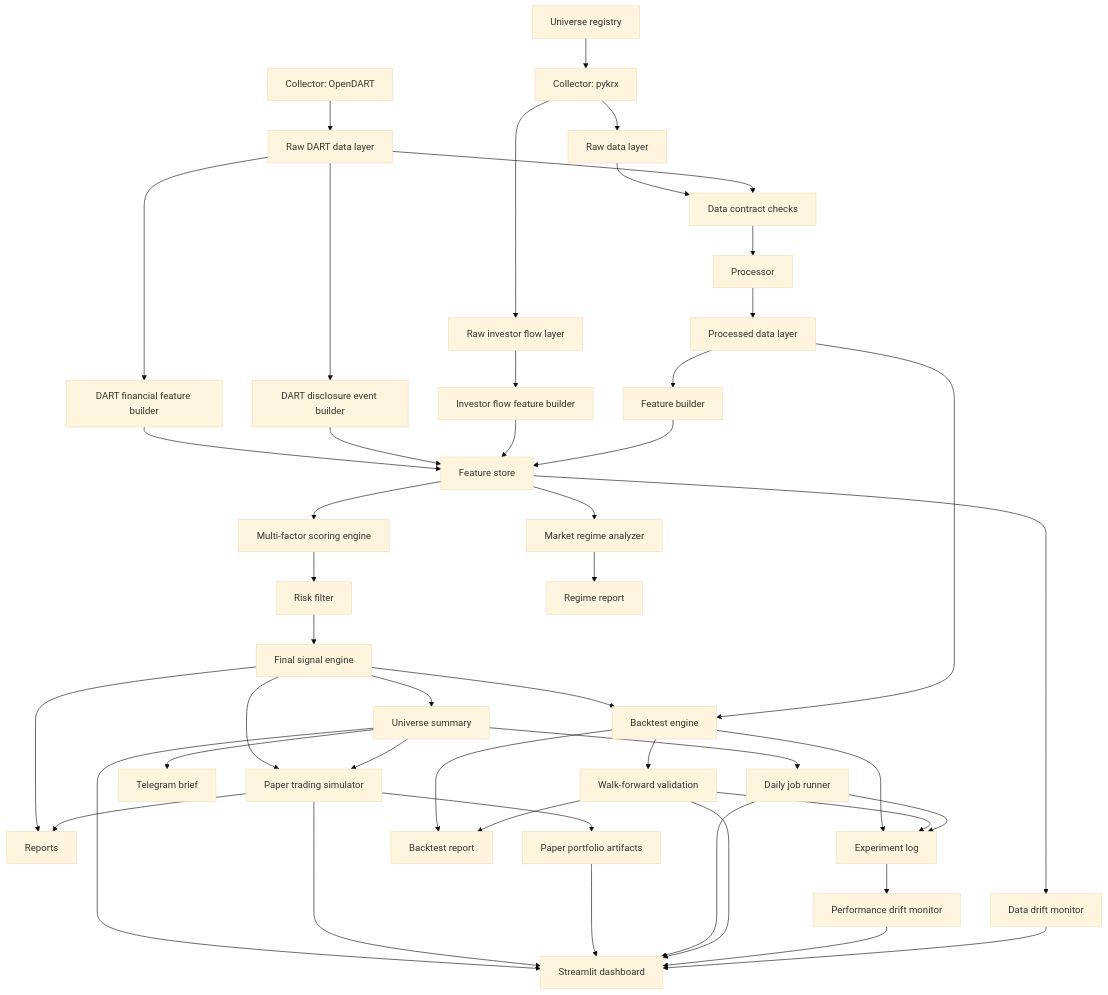
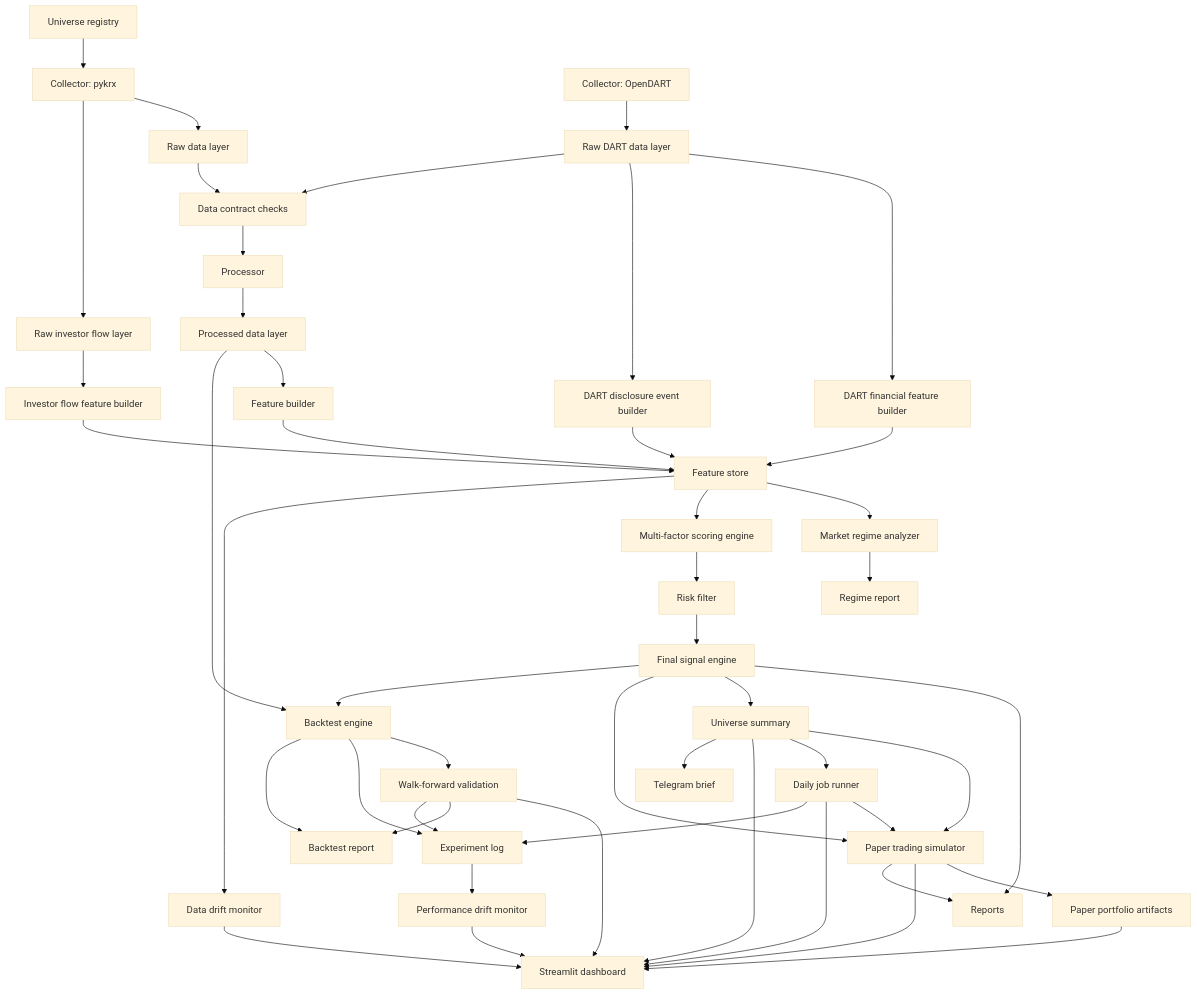
The diagram in docs/architecture.md (pkb0728-lgtm/krx-alpha-platform), drawn with Mermaid (base theme) before and after one commit. The commit also changed 11 other files, not shown here.

````diff
--- a/docs/architecture.md
+++ b/docs/architecture.md
@@ -11,49 +11,50 @@
 ```mermaid
 flowchart TD
     U["Universe registry"] --> A
     A["Collector: pykrx"] --> B["Raw data layer"]
     A --> W["Raw investor flow layer"]
     X["Collector: OpenDART"] --> Y["Raw DART data layer"]
     Y --> Z["DART financial feature builder"]
     Y --> V["DART disclosure event builder"]
     Z --> G
     V --> G
     W --> S["Investor flow feature builder"]
     S --> G
     B --> C["Data contract checks"]
     Y --> C
     C --> D["Processor"]
     D --> E["Processed data layer"]
     E --> F["Feature builder"]
     F --> G["Feature store"]
     G --> R["Market regime analyzer"]
     G --> H["Multi-factor scoring engine"]
     H --> I["Risk filter"]
     I --> J["Final signal engine"]
     J --> K["Reports"]
     J --> L["Universe summary"]
     J --> PT["Paper trading simulator"]
     L --> PT
     L --> DJ["Daily job runner"]
+    DJ --> PT
     L --> M["Streamlit dashboard"]
     PT --> PA["Paper portfolio artifacts"]
     PT --> M
     PT --> K
     PA --> M
     DJ --> M
     L --> T["Telegram brief"]
     J --> N["Backtest engine"]
     E --> N
     N --> Q["Walk-forward validation"]
     N --> EL["Experiment log"]
     EL --> PD["Performance drift monitor"]
     G --> DD["Data drift monitor"]
     N --> O["Backtest report"]
     Q --> M
     Q --> O
     Q --> EL
     DJ --> EL
     PD --> M
     DD --> M
     R --> P["Regime report"]
 ```
````
